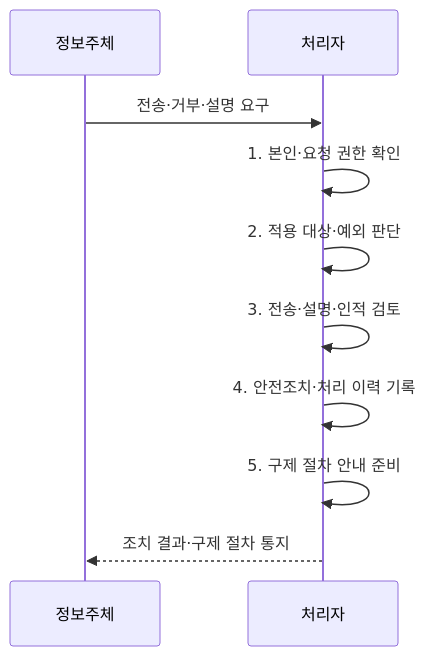
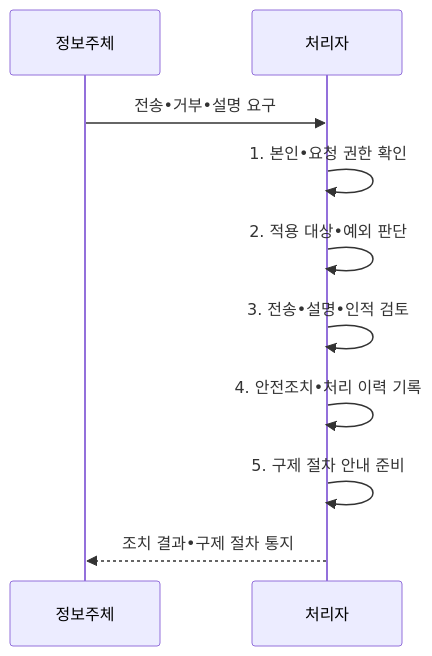
Before and after one commit to agnusdei1207/knowledge-base: the second of 2 diagrams in src/content/docs/notes/07-law-policy/023_pipa_2023_amendment.md, drawn with Mermaid. The commit also changed other lines of this file and 953 other files, not shown here.

````diff
--- a/src/content/docs/notes/07-law-policy/023_pipa_2023_amendment.md
+++ b/src/content/docs/notes/07-law-policy/023_pipa_2023_amendment.md
@@ -106,12 +106,12 @@
 ```mermaid
 sequenceDiagram
     participant 정보주체
     participant 처리자
-    정보주체->>처리자: 전송·거부·설명 요구
-    처리자->>처리자: 1. 본인·요청 권한 확인
-    처리자->>처리자: 2. 적용 대상·예외 판단
-    처리자->>처리자: 3. 전송·설명·인적 검토
-    처리자->>처리자: 4. 안전조치·처리 이력 기록
+    정보주체->>처리자: 전송•거부•설명 요구
+    처리자->>처리자: 1. 본인•요청 권한 확인
+    처리자->>처리자: 2. 적용 대상•예외 판단
+    처리자->>처리자: 3. 전송•설명•인적 검토
+    처리자->>처리자: 4. 안전조치•처리 이력 기록
     처리자->>처리자: 5. 구제 절차 안내 준비
-    처리자-->>정보주체: 조치 결과·구제 절차 통지
+    처리자-->>정보주체: 조치 결과•구제 절차 통지
 ```
````
